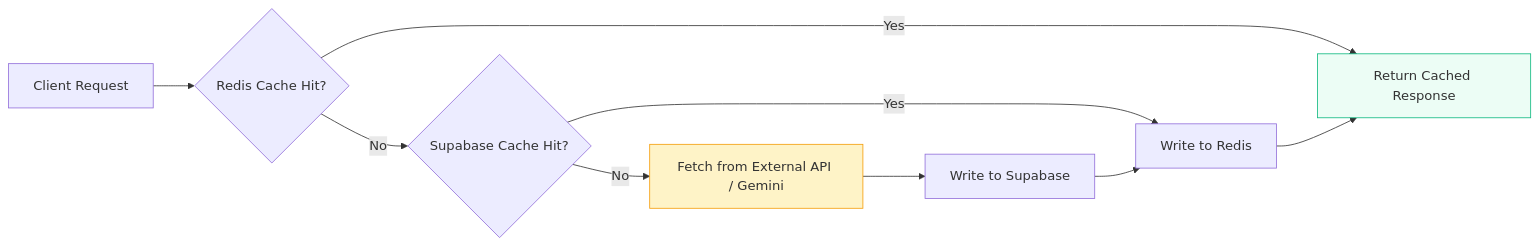
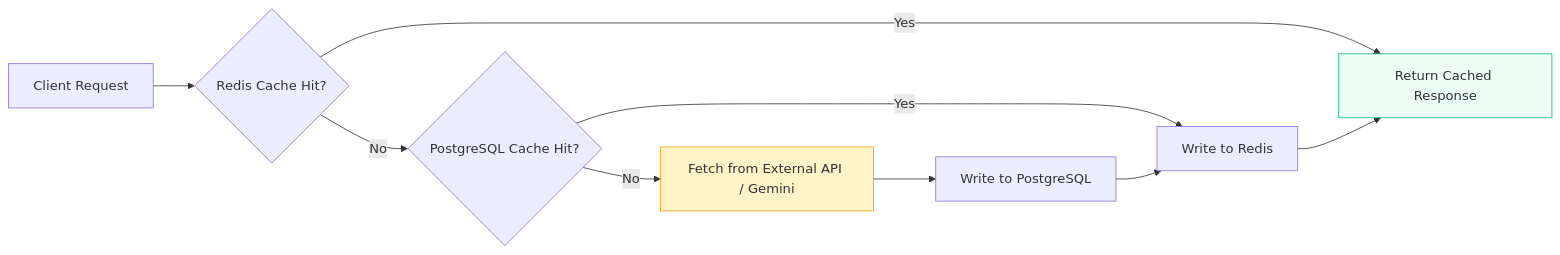
Before and after one commit to suppprith/drift-api: the second of 5 diagrams in docs/flow-diagram.md, drawn with Mermaid. The commit also changed other lines of this file and 25 other files, not shown here.

First line of the commit message:
transition from Supabase to PostgreSQL and Better Auth

````diff
--- a/docs/flow-diagram.md
+++ b/docs/flow-diagram.md
@@ -594,13 +597,13 @@
 ```mermaid
 flowchart LR
     CLIENT[Client Request] --> REDIS_HIT{Redis Cache Hit?}
     REDIS_HIT -->|Yes| RETURN_CACHED[Return Cached Response]
-    REDIS_HIT -->|No| SUPA_HIT{Supabase Cache Hit?}
-    SUPA_HIT -->|Yes| WRITE_REDIS[Write to Redis] --> RETURN_CACHED
-    SUPA_HIT -->|No| EXTERNAL[Fetch from External API / Gemini]
-    EXTERNAL --> WRITE_SUPA[Write to Supabase]
-    WRITE_SUPA --> WRITE_REDIS
+    REDIS_HIT -->|No| PG_HIT{PostgreSQL Cache Hit?}
+    PG_HIT -->|Yes| WRITE_REDIS[Write to Redis] --> RETURN_CACHED
+    PG_HIT -->|No| EXTERNAL[Fetch from External API / Gemini]
+    EXTERNAL --> WRITE_PG[Write to PostgreSQL]
+    WRITE_PG --> WRITE_REDIS
 
     style RETURN_CACHED fill:#ECFDF5,stroke:#10B981
     style EXTERNAL fill:#FEF3C7,stroke:#F59E0B
 ```
````
